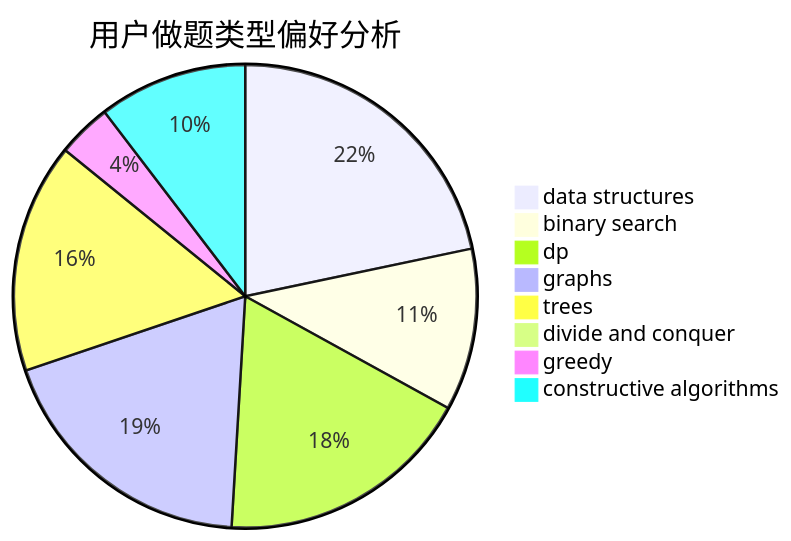
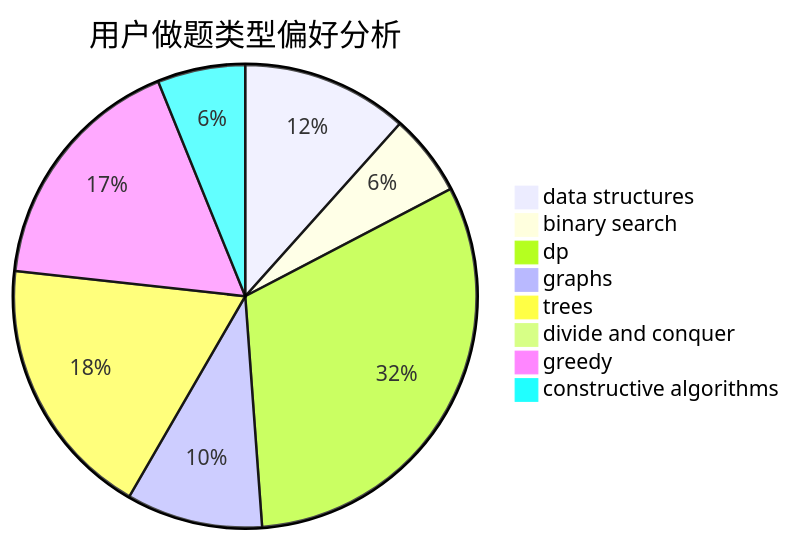
The second of 3 diagrams in docs/user/u521.md (sherpahu/cfrs.github.io), drawn with Mermaid before and after one commit. The commit also changed other lines of this file and 2770 other files, not shown here.

````diff
--- a/docs/user/u521.md
+++ b/docs/user/u521.md
@@ -23,11 +23,11 @@
 ```mermaid
 pie title 用户做题类型偏好分析
-    "data structures" :  23
-    "binary search" :  12
-    "dp" :  19
-    "graphs" :  20
-    "trees" :  17
+    "data structures" :  55
+    "binary search" :  27
+    "dp" :  149
+    "graphs" :  45
+    "trees" :  87
     "divide and conquer" :  0
-    "greedy" :  4
-    "constructive algorithms" :  11
+    "greedy" :  81
+    "constructive algorithms" :  29
 ```
````
